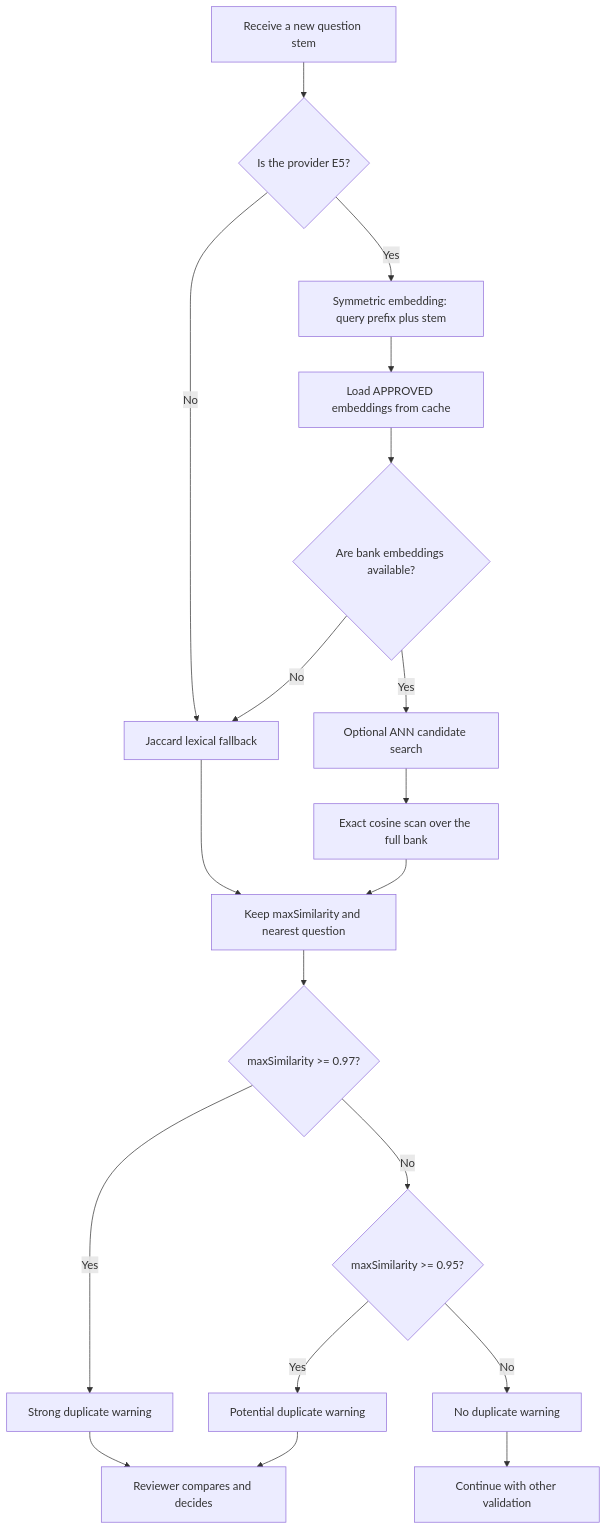
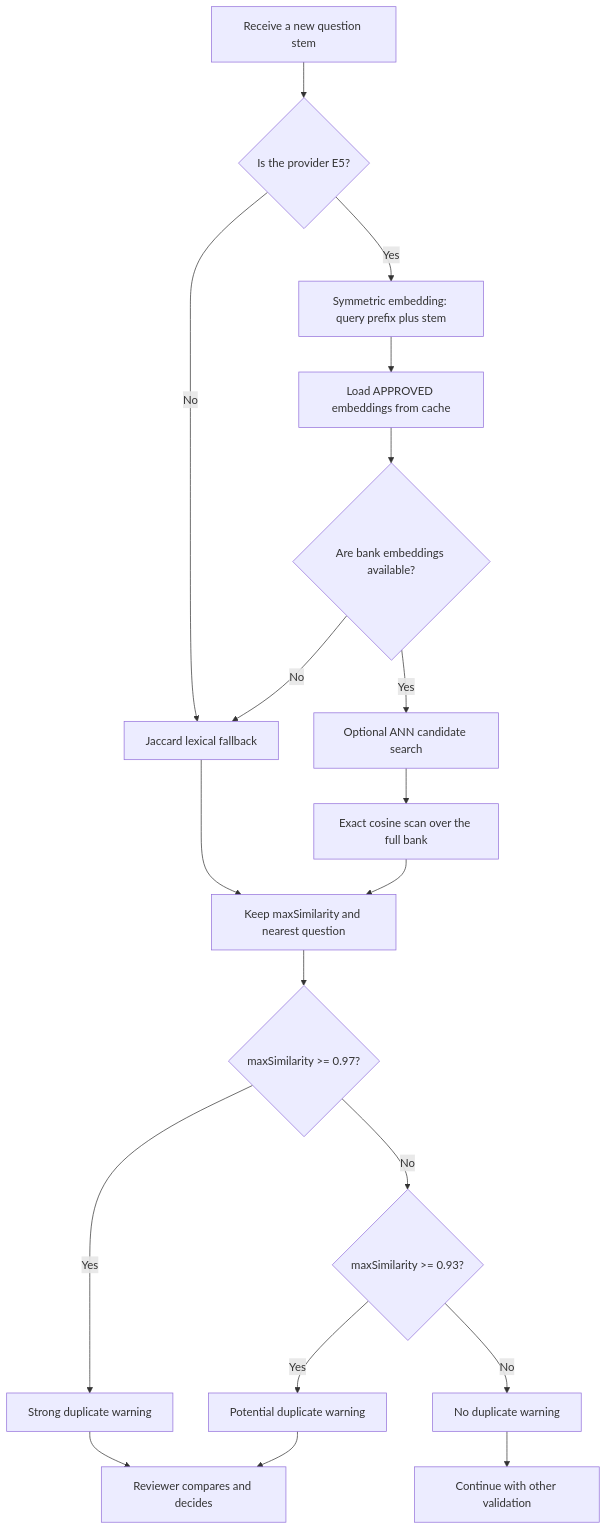
The diagram in docs/ai/semantic-duplicate-detection-en.md (hieudn2412/carehub), drawn with Mermaid before and after one commit. The commit also changed other lines of this file and 28 other files, not shown here.

````diff
--- a/docs/ai/semantic-duplicate-detection-en.md
+++ b/docs/ai/semantic-duplicate-detection-en.md
@@ -155,21 +156,21 @@
 ```mermaid
 flowchart TD
     A[Receive a new question stem] --> B{Is the provider E5?}
     B -- No --> L[Jaccard lexical fallback]
     B -- Yes --> C[Symmetric embedding: query prefix plus stem]
     C --> D[Load APPROVED embeddings from cache]
     D --> E{Are bank embeddings available?}
     E -- No --> L
     E -- Yes --> F[Optional ANN candidate search]
     F --> G[Exact cosine scan over the full bank]
     G --> H[Keep maxSimilarity and nearest question]
     L --> H
     H --> I{maxSimilarity >= 0.97?}
     I -- Yes --> J[Strong duplicate warning]
-    I -- No --> K{maxSimilarity >= 0.95?}
+    I -- No --> K{maxSimilarity >= 0.93?}
     K -- Yes --> M[Potential duplicate warning]
     K -- No --> N[No duplicate warning]
     J --> R[Reviewer compares and decides]
     M --> R
     N --> O[Continue with other validation]
 ```
````
